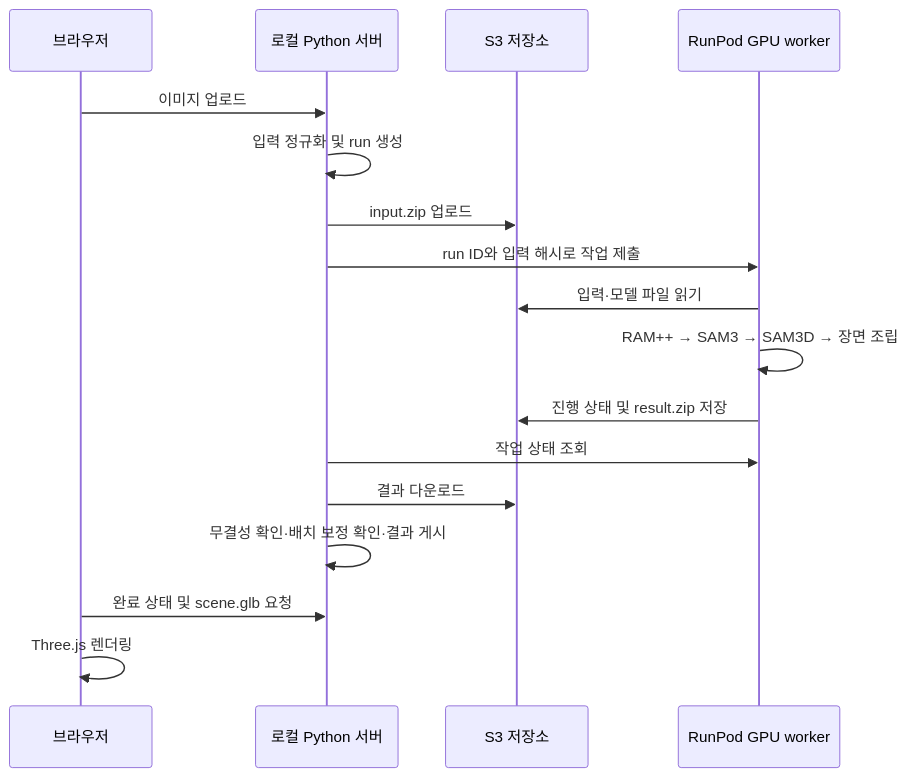
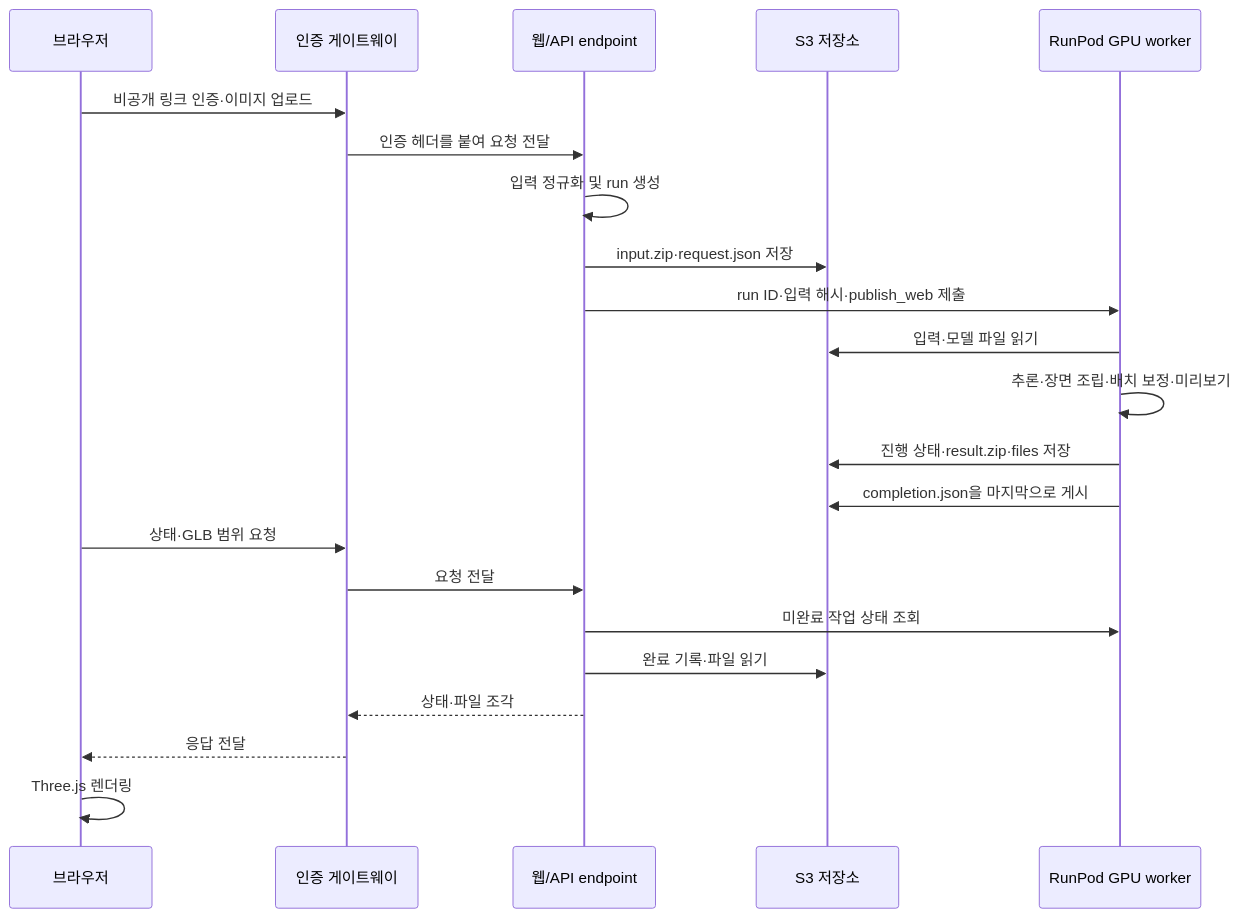
Before and after one commit to haesongkk/MapMaker: the diagram in docs/IMPLEMENTATION.md, drawn with Mermaid. The commit also changed other lines of this file and 330 other files, not shown here.

````diff
--- a/docs/IMPLEMENTATION.md
+++ b/docs/IMPLEMENTATION.md
@@ -9,19 +83,24 @@
 ```mermaid
 sequenceDiagram
     participant U as 브라우저
-    participant L as 로컬 Python 서버
+    participant A as 인증 게이트웨이
+    participant W as 웹/API endpoint
     participant S as S3 저장소
     participant G as RunPod GPU worker
-    U->>L: 이미지 업로드
-    L->>L: 입력 정규화 및 run 생성
-    L->>S: input.zip 업로드
-    L->>G: run ID와 입력 해시로 작업 제출
+    U->>A: 비공개 링크 인증·이미지 업로드
+    A->>W: 인증 헤더를 붙여 요청 전달
+    W->>W: 입력 정규화 및 run 생성
+    W->>S: input.zip·request.json 저장
+    W->>G: run ID·입력 해시·publish_web 제출
     G->>S: 입력·모델 파일 읽기
-    G->>G: RAM++ → SAM3 → SAM3D → 장면 조립
-    G->>S: 진행 상태 및 result.zip 저장
-    L->>G: 작업 상태 조회
-    L->>S: 결과 다운로드
-    L->>L: 무결성 확인·배치 보정 확인·결과 게시
-    U->>L: 완료 상태 및 scene.glb 요청
+    G->>G: 추론·장면 조립·배치 보정·미리보기
+    G->>S: 진행 상태·result.zip·files 저장
+    G->>S: completion.json을 마지막으로 게시
+    U->>A: 상태·GLB 범위 요청
+    A->>W: 요청 전달
+    W->>G: 미완료 작업 상태 조회
+    W->>S: 완료 기록·파일 읽기
+    W-->>A: 상태·파일 조각
+    A-->>U: 응답 전달
     U->>U: Three.js 렌더링
 ```
````
